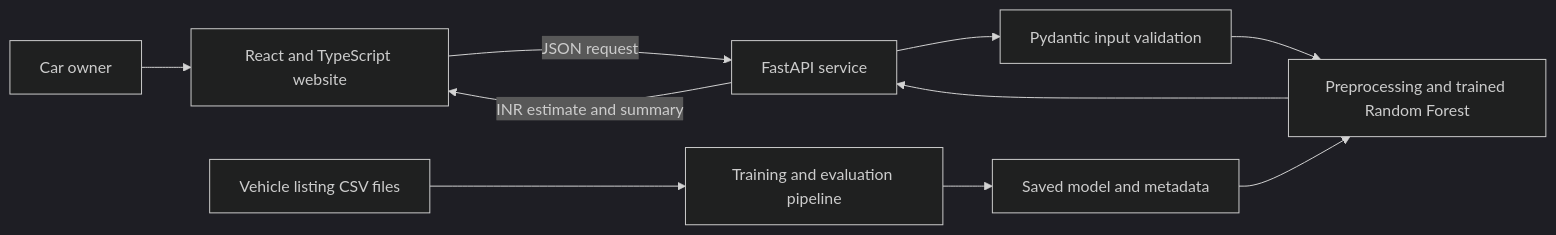
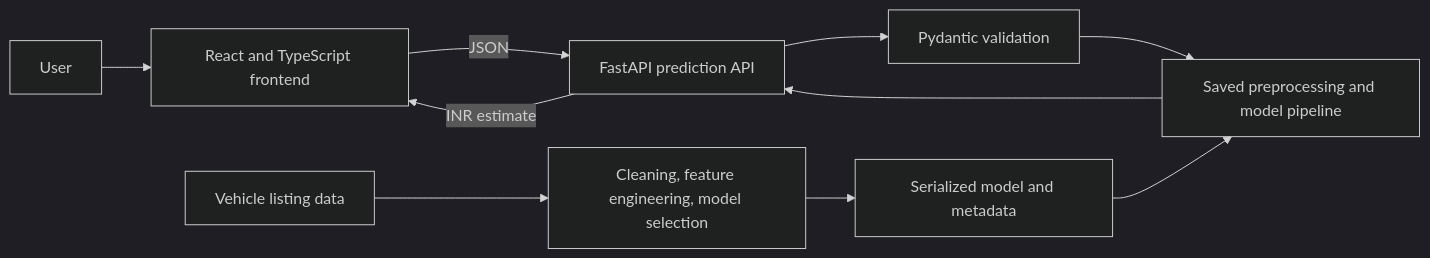
The diagram in README.md (Hussain053/VEHICLE_PRICE_PREDICTION), drawn with Mermaid (dark theme) before and after one commit. The commit also changed other lines of this file, not shown here.

````diff
--- a/README.md
+++ b/README.md
@@ -21,12 +22,12 @@
 ```mermaid
 flowchart LR
-    A[Car owner] --> B[React and TypeScript website]
-    B -->|JSON request| C[FastAPI service]
-    C --> D[Pydantic input validation]
-    D --> E[Preprocessing and trained Random Forest]
-    E --> C
-    C -->|INR estimate and summary| B
-    F[Vehicle listing CSV files] --> G[Training and evaluation pipeline]
-    G --> H[Saved model and metadata]
-    H --> E
+    U[User] --> W[React and TypeScript frontend]
+    W -->|JSON| A[FastAPI prediction API]
+    A --> V[Pydantic validation]
+    V --> P[Saved preprocessing and model pipeline]
+    P --> A
+    A -->|INR estimate| W
+    D[Vehicle listing data] --> T[Cleaning, feature engineering, model selection]
+    T --> M[Serialized model and metadata]
+    M --> P
 ```
````
